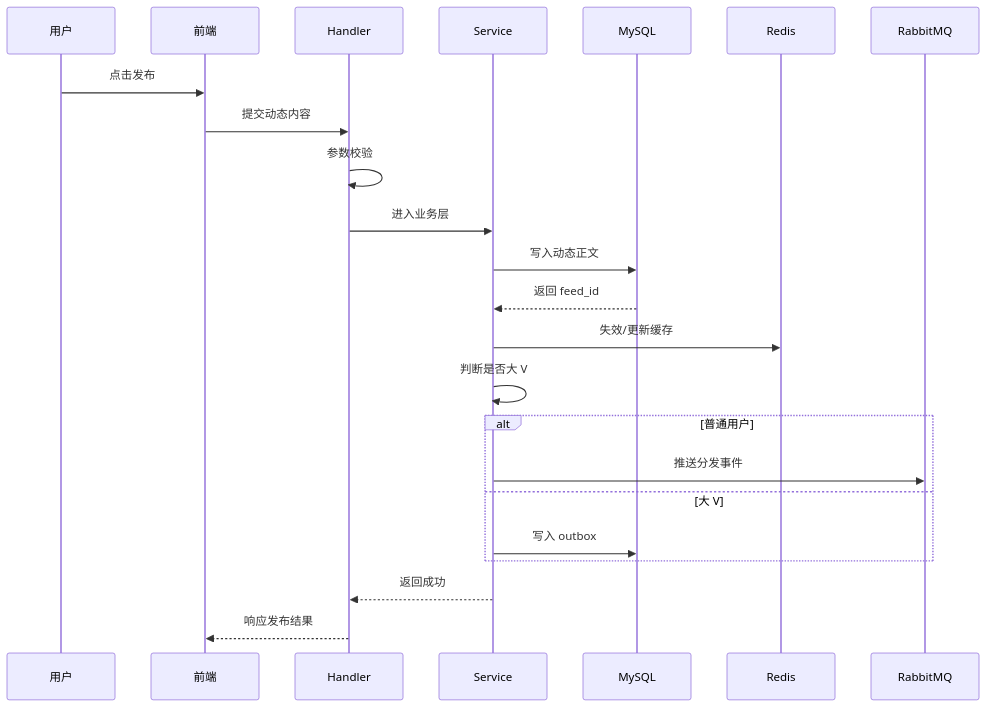
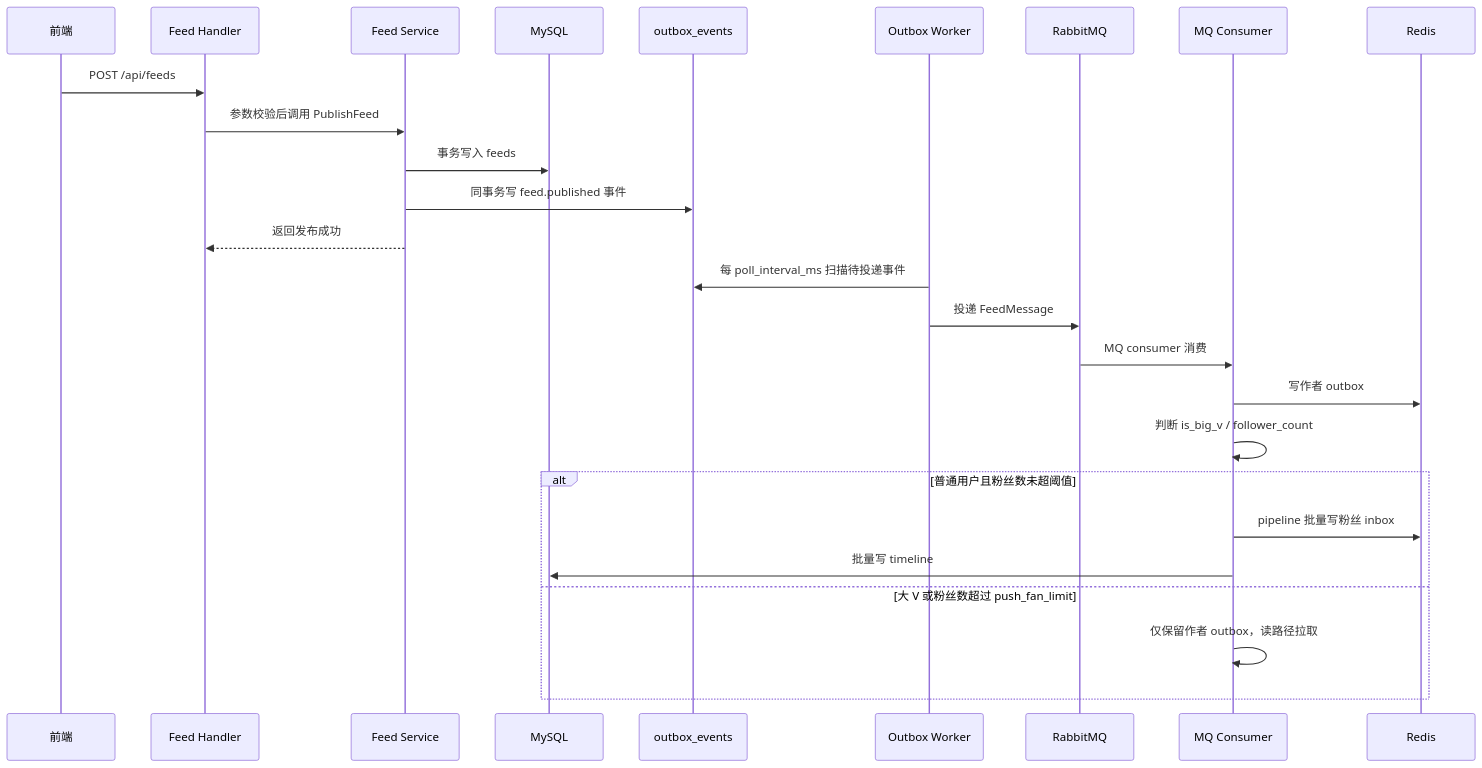
Before and after one commit to hzEnv71/feedlink: the second of 6 diagrams in README.md, drawn with Mermaid. The commit also changed other lines of this file and 36 other files, not shown here.

````diff
--- a/README.md
+++ b/README.md
@@ -55,26 +47,29 @@
 ```mermaid
 sequenceDiagram
-    participant U as 用户
     participant F as 前端
-    participant H as Handler
-    participant S as Service
+    participant H as Feed Handler
+    participant S as Feed Service
     participant D as MySQL
+    participant O as outbox_events
+    participant W as Outbox Worker
+    participant Q as RabbitMQ
+    participant C as MQ Consumer
     participant R as Redis
-    participant Q as RabbitMQ
 
-    U->>F: 点击发布
-    F->>H: 提交动态内容
-    H->>H: 参数校验
-    H->>S: 进入业务层
-    S->>D: 写入动态正文
-    D-->>S: 返回 feed_id
-    S->>R: 失效/更新缓存
-    S->>S: 判断是否大 V
-    alt 普通用户
-        S->>Q: 推送分发事件
-    else 大 V
-        S->>D: 写入 outbox
+    F->>H: POST /api/feeds
+    H->>S: 参数校验后调用 PublishFeed
+    S->>D: 事务写入 feeds
+    S->>O: 同事务写 feed.published 事件
+    S-->>H: 返回发布成功
+    W->>O: 每 poll_interval_ms 扫描待投递事件
+    W->>Q: 投递 FeedMessage
+    Q->>C: MQ consumer 消费
+    C->>R: 写作者 outbox
+    C->>C: 判断 is_big_v / follower_count
+    alt 普通用户且粉丝数未超阈值
+        C->>R: pipeline 批量写粉丝 inbox
+        C->>D: 批量写 timeline
+    else 大 V 或粉丝数超过 push_fan_limit
+        C->>C: 仅保留作者 outbox，读路径拉取
     end
-    S-->>H: 返回成功
-    H-->>F: 响应发布结果
 ```
````
